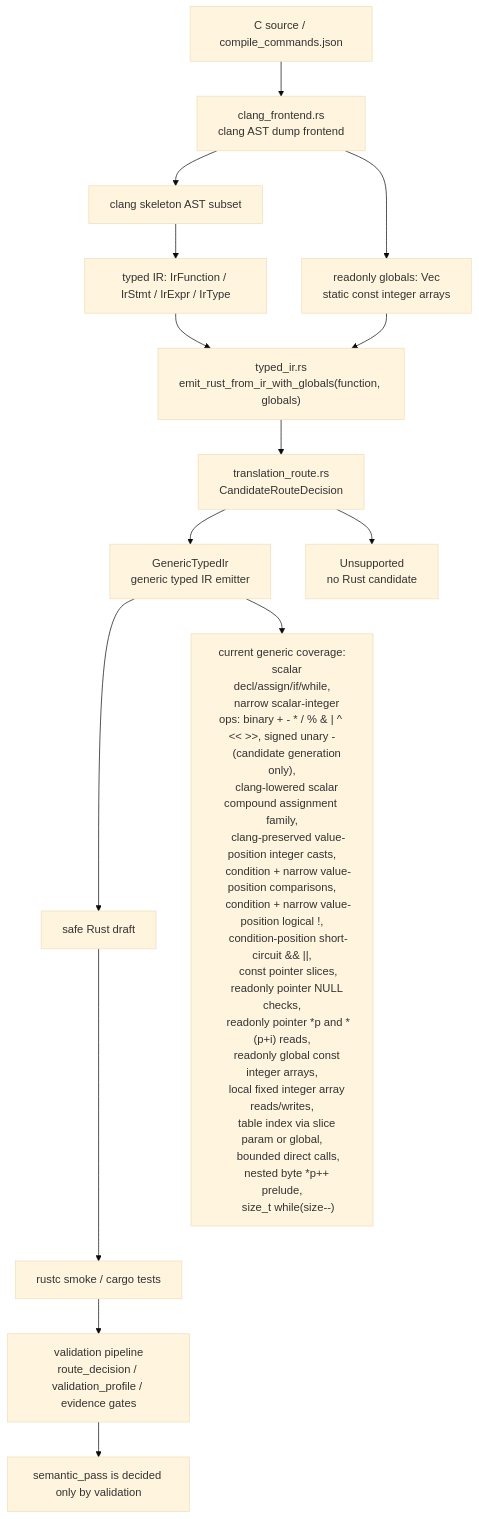
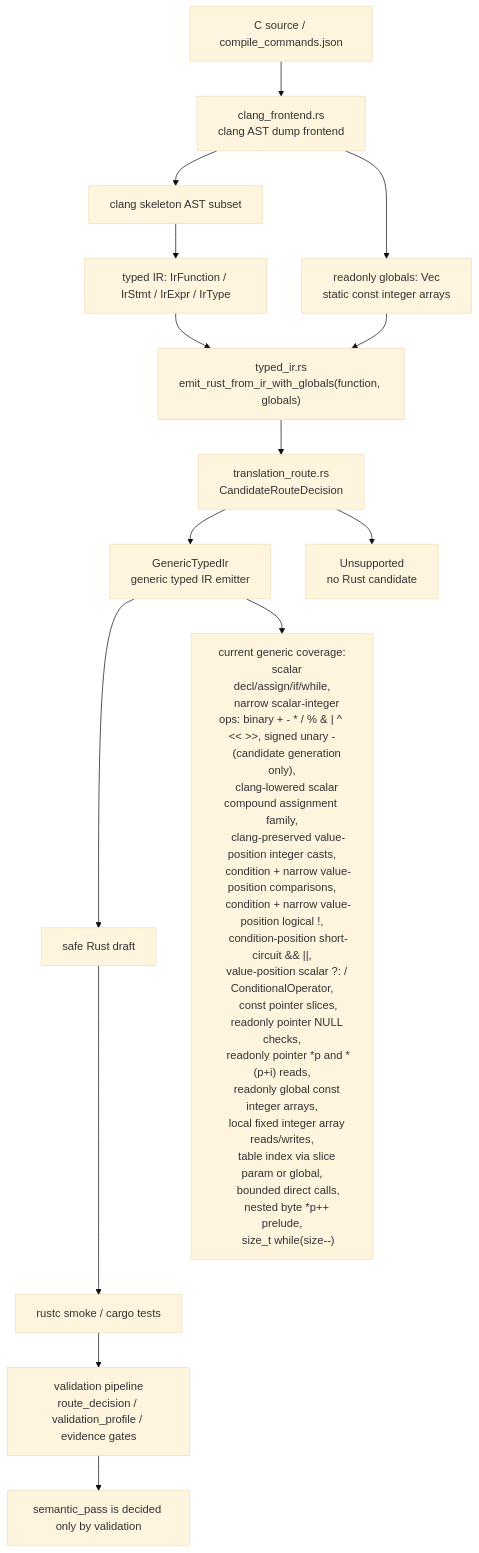
The diagram in docs/c2rust-migration-agent/core-translation-architecture.en.md (guoqihan342-svg/c-to-rust), drawn with Mermaid (base theme) before and after one commit. The commit also changed other lines of this file and 10 other files, not shown here.

Commit message:
Add typed IR conditional operator support

````diff
--- a/docs/c2rust-migration-agent/core-translation-architecture.en.md
+++ b/docs/c2rust-migration-agent/core-translation-architecture.en.md
@@ -7,35 +7,36 @@
 ```mermaid
 flowchart TD
     C["C source / compile_commands.json"] --> Clang["clang_frontend.rs<br/>clang AST dump frontend"]
     Clang --> Skeleton["clang skeleton AST subset"]
     Skeleton --> IR["typed IR: IrFunction / IrStmt / IrExpr / IrType"]
     Clang --> Globals["readonly globals: Vec<IrGlobal><br/>static const integer arrays"]
     IR --> EmitCtx["typed_ir.rs<br/>emit_rust_from_ir_with_globals(function, globals)"]
     Globals --> EmitCtx
     EmitCtx --> RouteMeta["translation_route.rs<br/>CandidateRouteDecision"]
     RouteMeta --> Generic["GenericTypedIr<br/>generic typed IR emitter"]
     RouteMeta --> Unsupported["Unsupported<br/>no Rust candidate"]
     Generic --> Rust["safe Rust draft"]
     Rust --> Rustc["rustc smoke / cargo tests"]
     Rustc --> Validation["validation pipeline<br/>route_decision / validation_profile / evidence gates"]
 
     Generic --> Supported["current generic coverage:
     scalar decl/assign/if/while,
     narrow scalar-integer ops: binary + - * / % & | ^ << >>, signed unary -
     (candidate generation only),
     clang-lowered scalar compound assignment family,
     clang-preserved value-position integer casts,
     condition + narrow value-position comparisons,
     condition + narrow value-position logical !,
     condition-position short-circuit && ||,
+    value-position scalar ?: / ConditionalOperator,
     const pointer slices,
     readonly pointer NULL checks,
     readonly pointer *p and *(p+i) reads,
     readonly global const integer arrays,
     local fixed integer array reads/writes,
     table index via slice param or global,
     bounded direct calls,
     nested byte *p++ prelude,
     size_t while(size--)"]
     Validation --> Semantic["semantic_pass is decided only by validation"]
 ```
````
